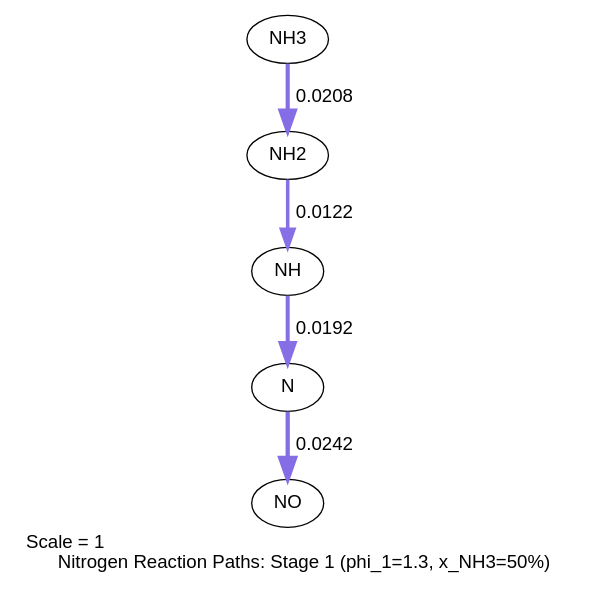
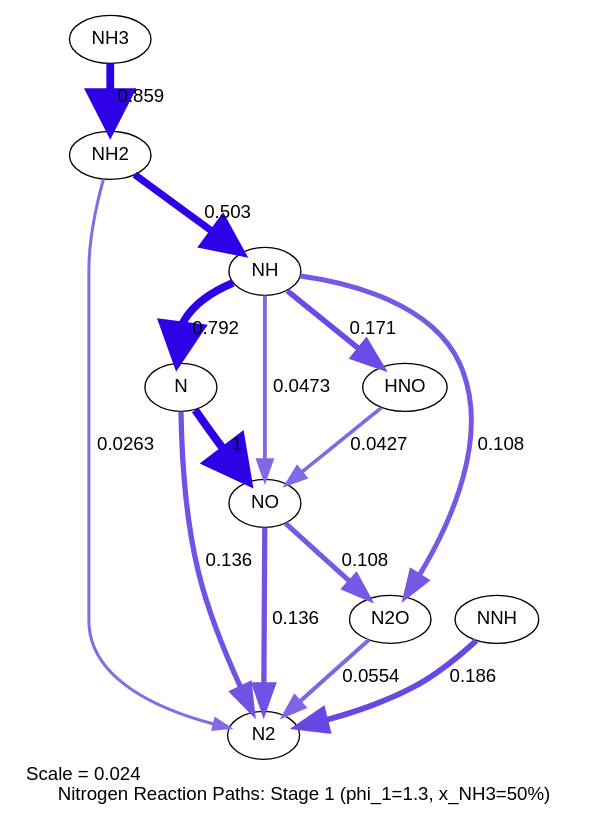
The diagram in results/plots/reaction_path_phi1_1p3_stage1.dot (gargarnav0708/ammonia-hydrogen-staged-combustion), drawn with Graphviz before and after one commit. The commit also changed 30 other files, not shown here.

Commit message:
Refine ROP pathway diagrams, add pressure interaction stats, and polish end-semester report per IITD BTP format

```diff
--- a/results/plots/reaction_path_phi1_1p3_stage1.dot
+++ b/results/plots/reaction_path_phi1_1p3_stage1.dot
@@ -1,18 +1,42 @@
 digraph reaction_paths {
 center=1;
-s13 -> s14[fontname="Helvetica", penwidth=3.08, arrowsize=1.54, color="0.7, 0.521, 0.9"
-, label=" 0.0208"];
-s14 -> s15[fontname="Helvetica", penwidth=2.67, arrowsize=1.34, color="0.7, 0.512, 0.9"
-, label=" 0.0122"];
-s15 -> s12[fontname="Helvetica", penwidth=3.01, arrowsize=1.51, color="0.7, 0.519, 0.9"
-, label=" 0.0192"];
-s12 -> s17[fontname="Helvetica", penwidth=3.19, arrowsize=1.6, color="0.7, 0.524, 0.9"
-, label=" 0.0242"];
+s13 -> s14[fontname="Helvetica", penwidth=5.84, arrowsize=2.92, color="0.7, 1.36, 0.9"
+, label=" 0.859"];
+s14 -> s15[fontname="Helvetica", penwidth=5.3, arrowsize=2.65, color="0.7, 1, 0.9"
+, label=" 0.503"];
+s14 -> s2[fontname="Helvetica", penwidth=2.28, arrowsize=1.14, color="0.7, 0.526, 0.9"
+, label=" 0.0263"];
+s15 -> s19[fontname="Helvetica", penwidth=4.19, arrowsize=2.1, color="0.7, 0.671, 0.9"
+, label=" 0.171"];
+s15 -> s12[fontname="Helvetica", penwidth=5.76, arrowsize=2.88, color="0.7, 1.29, 0.9"
+, label=" 0.792"];
+s15 -> s17[fontname="Helvetica", penwidth=2.88, arrowsize=1.44, color="0.7, 0.547, 0.9"
+, label=" 0.0473"];
+s15 -> s18[fontname="Helvetica", penwidth=3.73, arrowsize=1.86, color="0.7, 0.608, 0.9"
+, label=" 0.108"];
+s19 -> s17[fontname="Helvetica", penwidth=2.77, arrowsize=1.39, color="0.7, 0.543, 0.9"
+, label=" 0.0427"];
+s12 -> s2[fontname="Helvetica", penwidth=3.96, arrowsize=1.98, color="0.7, 0.636, 0.9"
+, label=" 0.136"];
+s12 -> s17[fontname="Helvetica", penwidth=6, arrowsize=3, color="0.7, 1.5, 0.9"
+, label=" 1"];
+s17 -> s2[fontname="Helvetica", penwidth=3.96, arrowsize=1.98, color="0.7, 0.636, 0.9"
+, label=" 0.136"];
+s16 -> s2[fontname="Helvetica", penwidth=4.28, arrowsize=2.14, color="0.7, 0.686, 0.9"
+, label=" 0.186"];
+s18 -> s2[fontname="Helvetica", penwidth=3.04, arrowsize=1.52, color="0.7, 0.555, 0.9"
+, label=" 0.0554"];
+s17 -> s18[fontname="Helvetica", penwidth=3.73, arrowsize=1.86, color="0.7, 0.608, 0.9"
+, label=" 0.108"];
+s2 [ fontname="Helvetica", label="N2"];
 s12 [ fontname="Helvetica", label="N"];
 s13 [ fontname="Helvetica", label="NH3"];
 s14 [ fontname="Helvetica", label="NH2"];
 s15 [ fontname="Helvetica", label="NH"];
+s16 [ fontname="Helvetica", label="NNH"];
 s17 [ fontname="Helvetica", label="NO"];
- label = "Scale = 1\l Nitrogen Reaction Paths: Stage 1 (phi_1=1.3, x_NH3=50%)";
+s18 [ fontname="Helvetica", label="N2O"];
+s19 [ fontname="Helvetica", label="HNO"];
+ label = "Scale = 0.024\l Nitrogen Reaction Paths: Stage 1 (phi_1=1.3, x_NH3=50%)";
  fontname = "Helvetica";
 }
```
